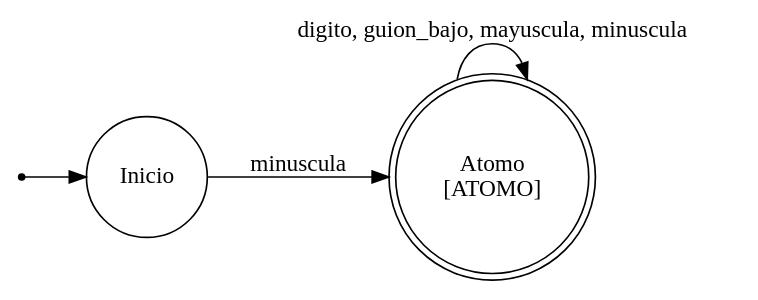
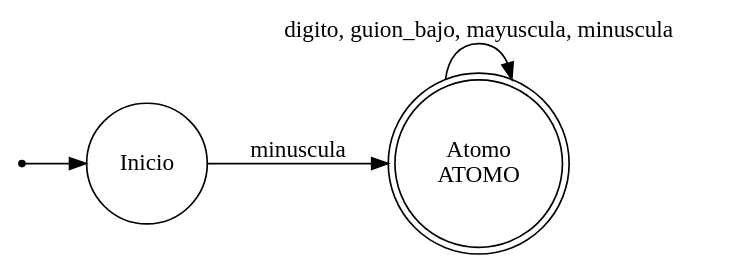
One commit to Insert-name-115/Tarea-de-teoria-de-computacion changed the diagram in automatas/atomo.dot. Above: the diagram before and after it, drawn with Graphviz. The commit also changed 16 other files, not shown here.

```diff
--- a/automatas/atomo.dot
+++ b/automatas/atomo.dot
@@ -1,9 +1,9 @@
 digraph ATOMO {
 	rankdir=LR
 	"" [shape=point]
 	Inicio [shape=circle]
-	Atomo [label="Atomo\n[ATOMO]" shape=doublecircle]
+	Atomo [label="Atomo\nATOMO" shape=doublecircle]
 	"" -> Inicio
 	Inicio -> Atomo [label=minuscula]
 	Atomo -> Atomo [label="digito, guion_bajo, mayuscula, minuscula"]
 }
```
